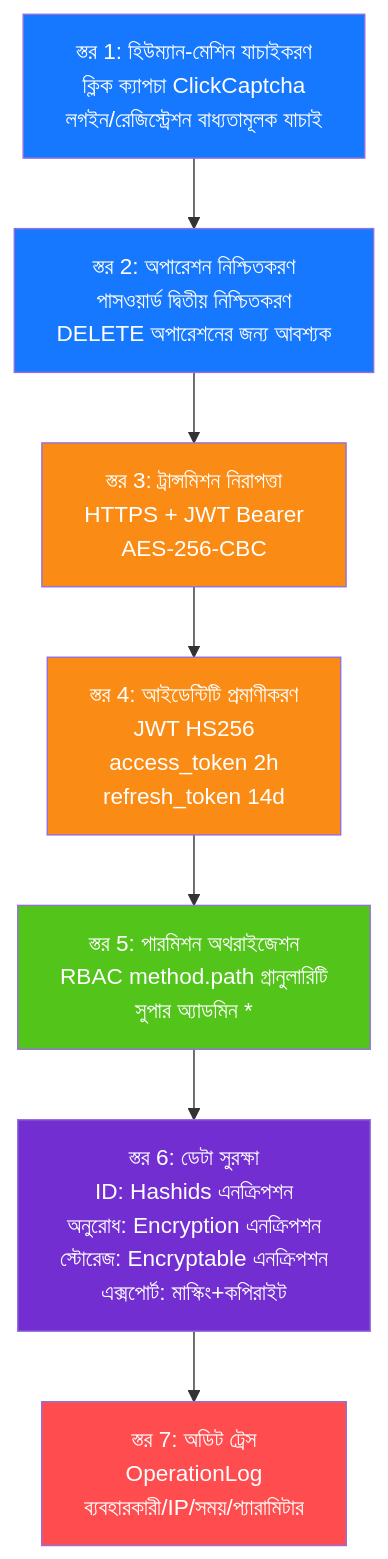
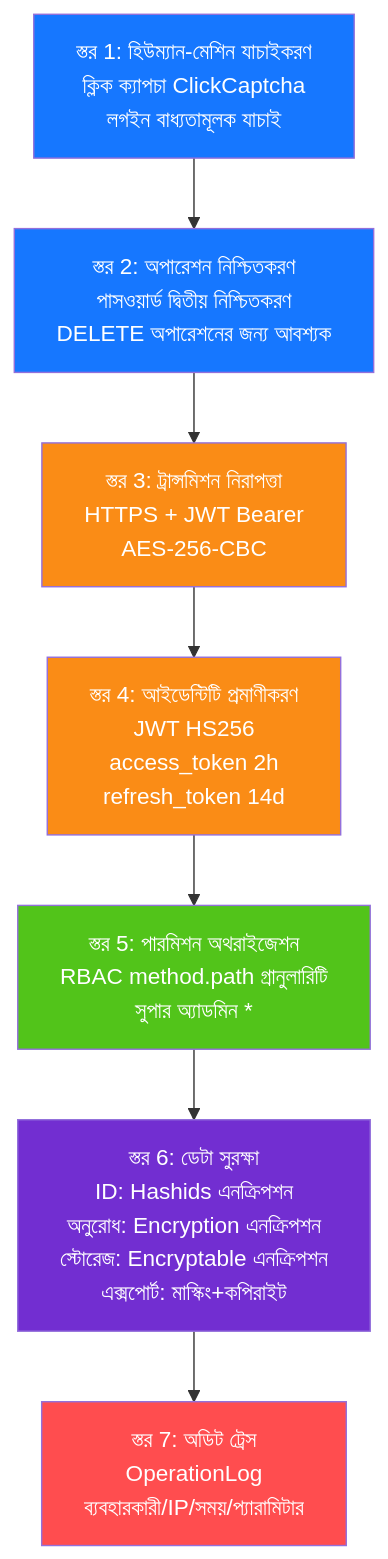
One commit to erikwang2013/open-admin changed the diagram in docs/diagrams/11-security-defense.bn.md. Above: the diagram before and after it, drawn with Mermaid. The commit also changed 115 other files, not shown here.

First line of the commit message:
功能：新增项目宠物「小安」、站点首页与手写 SVG 设计图集；全部文档对齐代码

````diff
--- a/docs/diagrams/11-security-defense.bn.md
+++ b/docs/diagrams/11-security-defense.bn.md
@@ -7,20 +7,20 @@
 ```mermaid
 flowchart TB
-    l1["স্তর 1: হিউম্যান-মেশিন যাচাইকরণ<br/>ক্লিক ক্যাপচা ClickCaptcha<br/>লগইন/রেজিস্ট্রেশন বাধ্যতামূলক যাচাই"]
+    l1["স্তর 1: হিউম্যান-মেশিন যাচাইকরণ<br/>ক্লিক ক্যাপচা ClickCaptcha<br/>লগইন বাধ্যতামূলক যাচাই"]
     l2["স্তর 2: অপারেশন নিশ্চিতকরণ<br/>পাসওয়ার্ড দ্বিতীয় নিশ্চিতকরণ<br/>DELETE অপারেশনের জন্য আবশ্যক"]
     l3["স্তর 3: ট্রান্সমিশন নিরাপত্তা<br/>HTTPS + JWT Bearer<br/>AES-256-CBC"]
     l4["স্তর 4: আইডেন্টিটি প্রমাণীকরণ<br/>JWT HS256<br/>access_token 2h<br/>refresh_token 14d"]
     l5["স্তর 5: পারমিশন অথরাইজেশন<br/>RBAC method.path গ্রানুলারিটি<br/>সুপার অ্যাডমিন *"]
     l6["স্তর 6: ডেটা সুরক্ষা<br/>ID: Hashids এনক্রিপশন<br/>অনুরোধ: Encryption এনক্রিপশন<br/>স্টোরেজ: Encryptable এনক্রিপশন<br/>এক্সপোর্ট: মাস্কিং+কপিরাইট"]
     l7["স্তর 7: অডিট ট্রেস<br/>OperationLog<br/>ব্যবহারকারী/IP/সময়/প্যারামিটার"]
 
     l1 --> l2 --> l3 --> l4 --> l5 --> l6 --> l7
 
     style l1 fill:#1677FF,color:#fff
     style l2 fill:#1677FF,color:#fff
     style l3 fill:#FA8C16,color:#fff
     style l4 fill:#FA8C16,color:#fff
     style l5 fill:#52C41A,color:#fff
     style l6 fill:#722ED1,color:#fff
     style l7 fill:#FF4D4F,color:#fff
 ```
````
